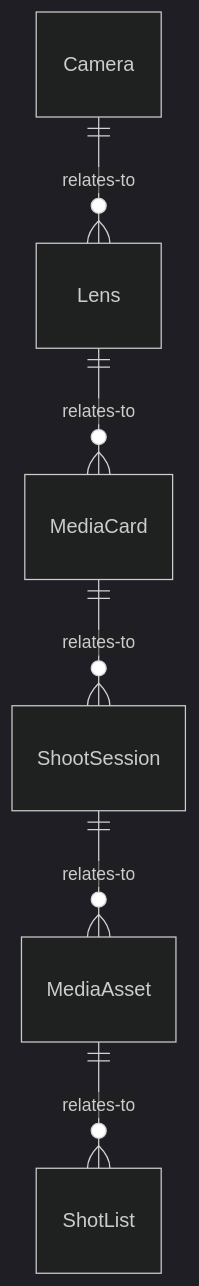
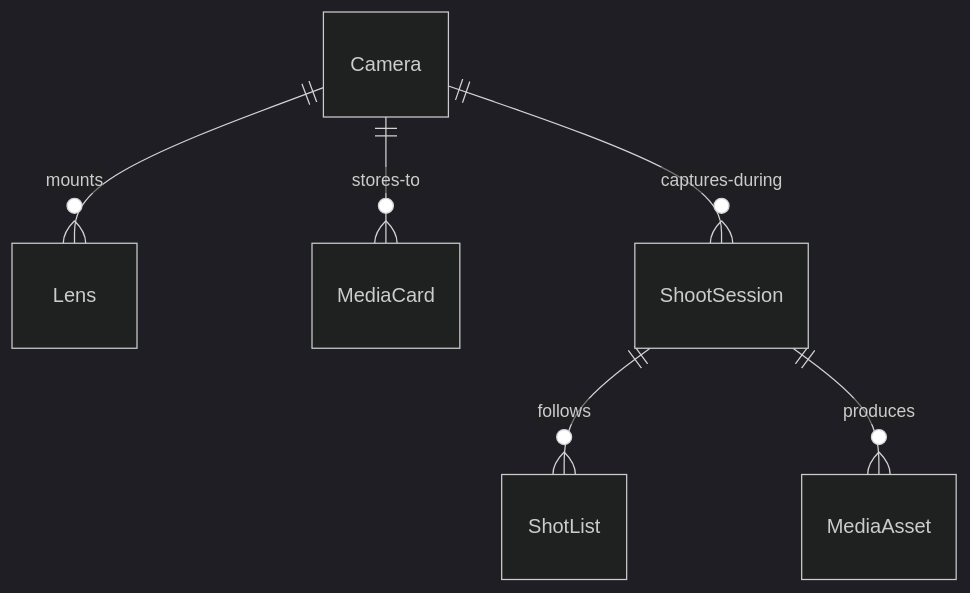
One commit to dot-org-ai/tasks.org.ai changed the first of 4 diagrams in ControllingMachinesAndProcesses/OperateAudiovisualOrRelatedEquipment/OperateStillVideoCamerasRelated.mdx. Above: the diagram before and after it, drawn with Mermaid (dark theme). The commit also changed other lines of this file and 515 other files, not shown here.

````diff
--- a/ControllingMachinesAndProcesses/OperateAudiovisualOrRelatedEquipment/OperateStillVideoCamerasRelated.mdx
+++ b/ControllingMachinesAndProcesses/OperateAudiovisualOrRelatedEquipment/OperateStillVideoCamerasRelated.mdx
@@ -87,8 +87,8 @@
 ```mermaid
 erDiagram
-    Camera ||--o{ Lens : relates-to
-    Lens ||--o{ MediaCard : relates-to
-    MediaCard ||--o{ ShootSession : relates-to
-    ShootSession ||--o{ MediaAsset : relates-to
-    MediaAsset ||--o{ ShotList : relates-to
+    Camera ||--o{ Lens : mounts
+    Camera ||--o{ MediaCard : stores-to
+    ShootSession ||--o{ ShotList : follows
+    ShootSession ||--o{ MediaAsset : produces
+    Camera ||--o{ ShootSession : captures-during
 ```
````
